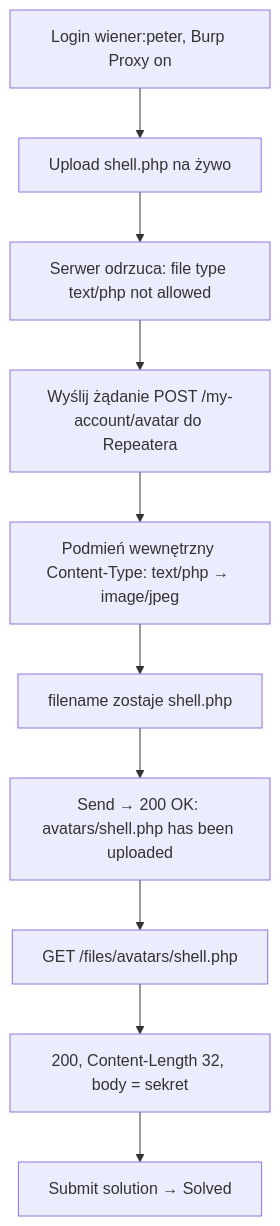
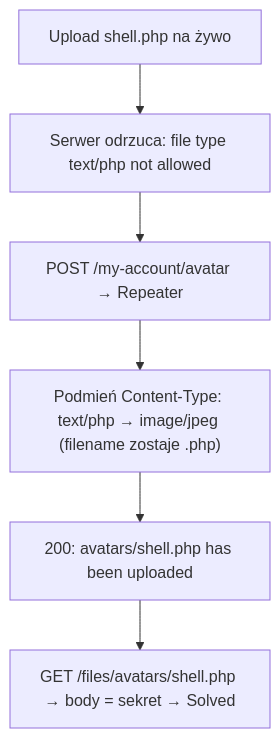
One commit to DrCondor/portswigger-labs changed the diagram in file-upload/02-content-type-restriction-bypass.md. Above: the diagram before and after it, drawn with Mermaid. The commit also changed other lines of this file and 26 other files, not shown here.

````diff
--- a/file-upload/02-content-type-restriction-bypass.md
+++ b/file-upload/02-content-type-restriction-bypass.md
@@ -53,12 +38,8 @@
 ```mermaid
 flowchart TD
-    A[Login wiener:peter, Burp Proxy on] --> B[Upload shell.php na żywo]
-    B --> C[Serwer odrzuca: file type text/php not allowed]
-    C --> D[Wyślij żądanie POST /my-account/avatar do Repeatera]
-    D --> E[Podmień wewnętrzny Content-Type: text/php → image/jpeg]
-    E --> F[filename zostaje shell.php]
-    F --> G[Send → 200 OK: avatars/shell.php has been uploaded]
-    G --> H[GET /files/avatars/shell.php]
-    H --> I[200, Content-Length 32, body = sekret]
-    I --> J[Submit solution → Solved]
+    A[Upload shell.php na żywo] --> B["Serwer odrzuca: file type text/php not allowed"]
+    B --> C[POST /my-account/avatar → Repeater]
+    C --> D["Podmień Content-Type: text/php → image/jpeg (filename zostaje .php)"]
+    D --> E["200: avatars/shell.php has been uploaded"]
+    E --> F["GET /files/avatars/shell.php → body = sekret → Solved"]
 ```
````
